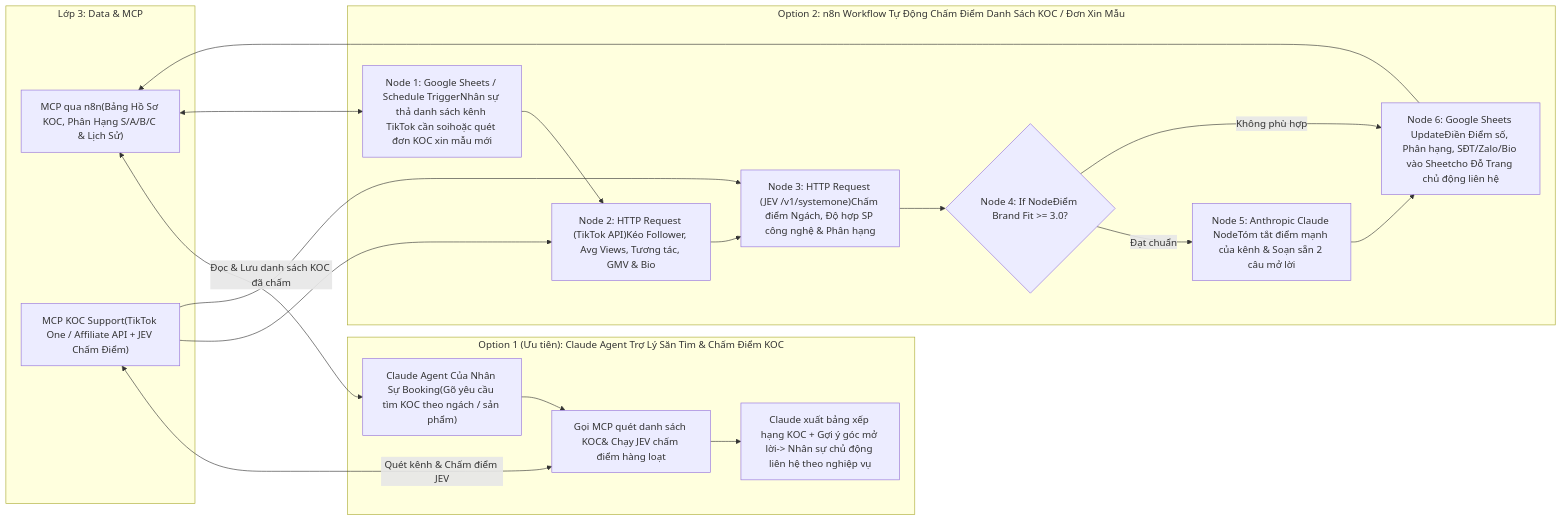
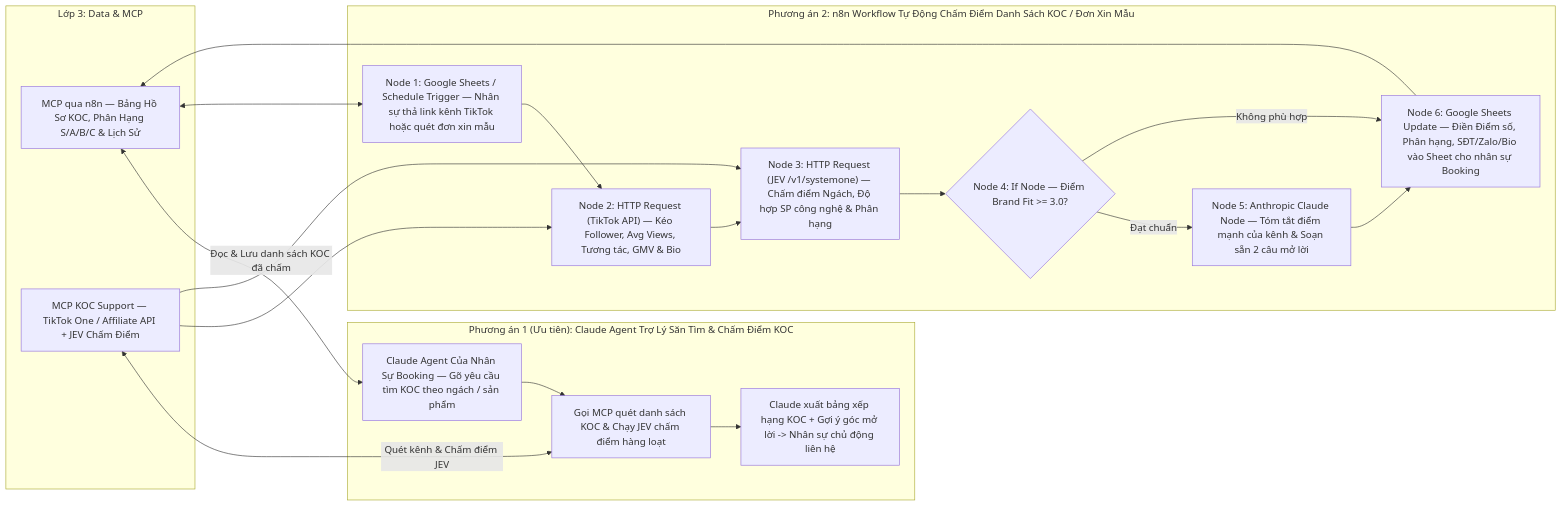
Diagram 16 of 17 in SYSTEM_ARCHITECTURE.md (hattorimkk/api-docs), drawn with Mermaid before and after one commit. The commit also changed other lines of this file, not shown here.

````diff
--- a/SYSTEM_ARCHITECTURE.md
+++ b/SYSTEM_ARCHITECTURE.md
@@ -972,34 +1208,34 @@
 ```mermaid
 flowchart LR
-    subgraph L3_KOC4["Lớp 3: Data & MCP"]
-        K4_DATA["MCP qua n8n(Bảng Hồ Sơ KOC, Phân Hạng S/A/B/C & Lịch Sử)"]
-        K4_MCP["MCP KOC Support(TikTok One / Affiliate API + JEV Chấm Điểm)"]
+    subgraph L3_4B["Lớp 3: Data & MCP"]
+        K4_DATA["MCP qua n8n — Bảng Hồ Sơ KOC, Phân Hạng S/A/B/C & Lịch Sử"]
+        K4_MCP["MCP KOC Support — TikTok One / Affiliate API + JEV Chấm Điểm"]
     end
 
-    subgraph OPT1_KOC4["Option 1 (Ưu tiên): Claude Agent Trợ Lý Săn Tìm & Chấm Điểm KOC"]
-        CLAUDE_K4["Claude Agent Của Nhân Sự Booking(Gõ yêu cầu tìm KOC theo ngách / sản phẩm)"]
-        DISC_K4["Gọi MCP quét danh sách KOC& Chạy JEV chấm điểm hàng loạt"]
-        OUT_K4["Claude xuất bảng xếp hạng KOC + Gợi ý góc mở lời-> Nhân sự chủ động liên hệ theo nghiệp vụ"]
-        CLAUDE_K4 --> DISC_K4 --> OUT_K4
+    subgraph OPT1_4B["Phương án 1 (Ưu tiên): Claude Agent Trợ Lý Săn Tìm & Chấm Điểm KOC"]
+        CLAUDE_4B["Claude Agent Của Nhân Sự Booking — Gõ yêu cầu tìm KOC theo ngách / sản phẩm"]
+        DISC_4B["Gọi MCP quét danh sách KOC & Chạy JEV chấm điểm hàng loạt"]
+        OUT_4B["Claude xuất bảng xếp hạng KOC + Gợi ý góc mở lời -> Nhân sự chủ động liên hệ"]
+        CLAUDE_4B --> DISC_4B --> OUT_4B
     end
 
-    subgraph OPT2_KOC4["Option 2: n8n Workflow Tự Động Chấm Điểm Danh Sách KOC / Đơn Xin Mẫu"]
-        NK4_1["Node 1: Google Sheets / Schedule TriggerNhân sự thả danh sách kênh TikTok cần soihoặc quét đơn KOC xin mẫu mới"]
-        NK4_2["Node 2: HTTP Request (TikTok API)Kéo Follower, Avg Views, Tương tác, GMV & Bio"]
-        NK4_3["Node 3: HTTP Request (JEV /v1/systemone)Chấm điểm Ngách, Độ hợp SP công nghệ & Phân hạng"]
-        NK4_4{"Node 4: If NodeĐiểm Brand Fit >= 3.0?"}
-        NK4_5["Node 5: Anthropic Claude NodeTóm tắt điểm mạnh của kênh & Soạn sẵn 2 câu mở lời"]
-        NK4_6["Node 6: Google Sheets UpdateĐiền Điểm số, Phân hạng, SĐT/Zalo/Bio vào Sheetcho Đỗ Trang chủ động liên hệ"]
+    subgraph OPT2_4B["Phương án 2: n8n Workflow Tự Động Chấm Điểm Danh Sách KOC / Đơn Xin Mẫu"]
+        NK4_1["Node 1: Google Sheets / Schedule Trigger — Nhân sự thả link kênh TikTok hoặc quét đơn xin mẫu"]
+        NK4_2["Node 2: HTTP Request (TikTok API) — Kéo Follower, Avg Views, Tương tác, GMV & Bio"]
+        NK4_3["Node 3: HTTP Request (JEV /v1/systemone) — Chấm điểm Ngách, Độ hợp SP công nghệ & Phân hạng"]
+        NK4_4{"Node 4: If Node — Điểm Brand Fit >= 3.0?"}
+        NK4_5["Node 5: Anthropic Claude Node — Tóm tắt điểm mạnh của kênh & Soạn sẵn 2 câu mở lời"]
+        NK4_6["Node 6: Google Sheets Update — Điền Điểm số, Phân hạng, SĐT/Zalo/Bio vào Sheet cho nhân sự Booking"]
         NK4_1 --> NK4_2 --> NK4_3 --> NK4_4
         NK4_4 -->|"Đạt chuẩn"| NK4_5 --> NK4_6
         NK4_4 -->|"Không phù hợp"| NK4_6
     end
 
-    K4_DATA <-->|"Đọc & Lưu danh sách KOC đã chấm"| CLAUDE_K4
-    K4_MCP <-->|"Quét kênh & Chấm điểm JEV"| DISC_K4
+    K4_DATA <-->|"Đọc & Lưu danh sách KOC đã chấm"| CLAUDE_4B
+    K4_MCP <-->|"Quét kênh & Chấm điểm JEV"| DISC_4B
 
     K4_DATA <--> NK4_1
     K4_MCP --> NK4_2
     K4_MCP --> NK4_3
     NK4_6 --> K4_DATA
 ```
````
